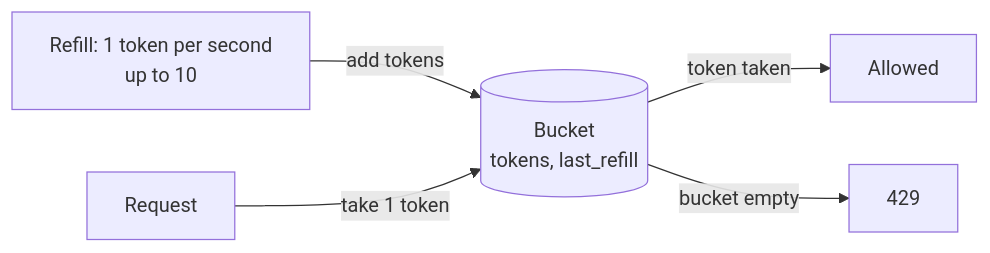
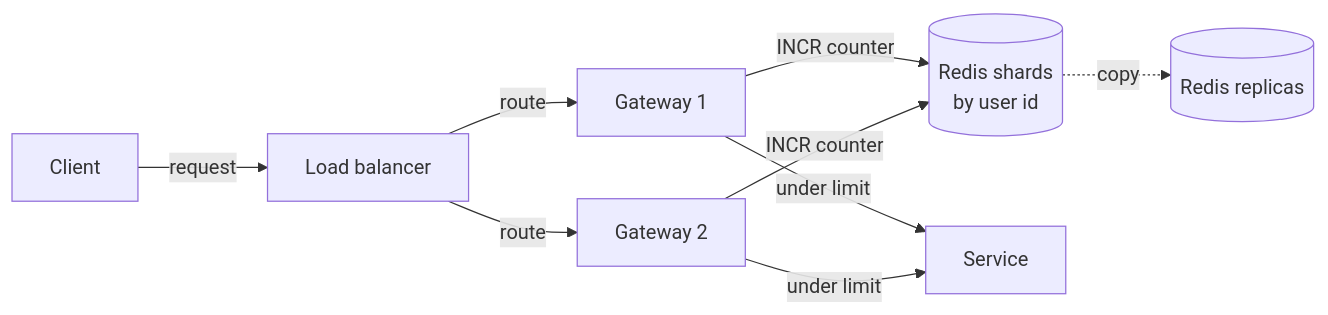
The second of 2 diagrams in hld/29-rate-limiter.md (aaryan-pradhan/core-cs-fundamentals), drawn with Mermaid before and after one commit. The commit also changed other lines of this file, not shown here.

````diff
--- a/hld/29-rate-limiter.md
+++ b/hld/29-rate-limiter.md
@@ -112,7 +65,11 @@
 ```mermaid
 flowchart LR
-    T["Refill: 1 token per second<br/>up to 10"] -->|"add tokens"| B[("Bucket<br/>tokens, last_refill")]
-    RQ["Request"] -->|"take 1 token"| B
-    B -->|"token taken"| OK["Allowed"]
-    B -->|"bucket empty"| NO["429"]
+    C["Client"] -->|"request"| LB["Load balancer"]
+    LB -->|"route"| GW1["Gateway 1"]
+    LB -->|"route"| GW2["Gateway 2"]
+    GW1 -->|"INCR counter"| R[("Redis shards<br/>by user id")]
+    GW2 -->|"INCR counter"| R
+    R -.->|"copy"| RR[("Redis replicas")]
+    GW1 -->|"under limit"| S["Service"]
+    GW2 -->|"under limit"| S
 ```
````
